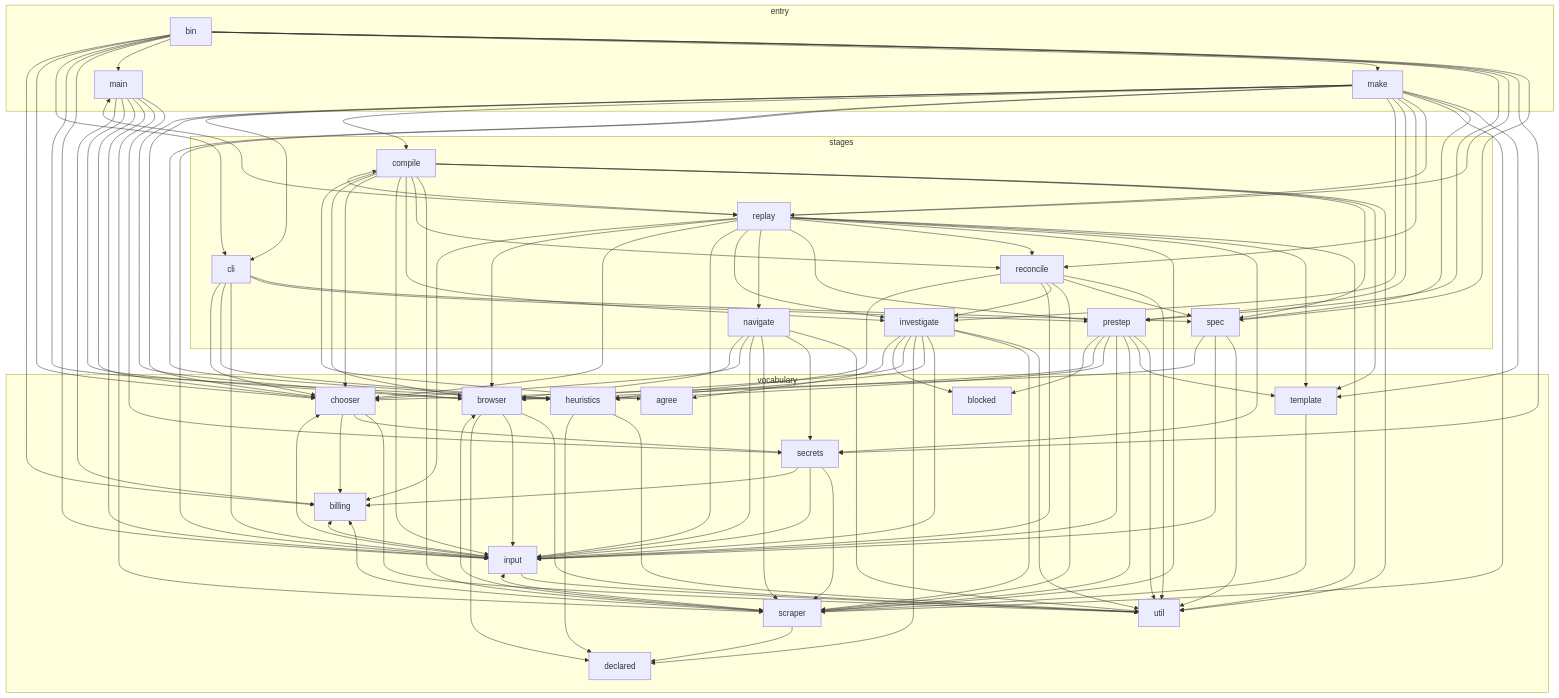
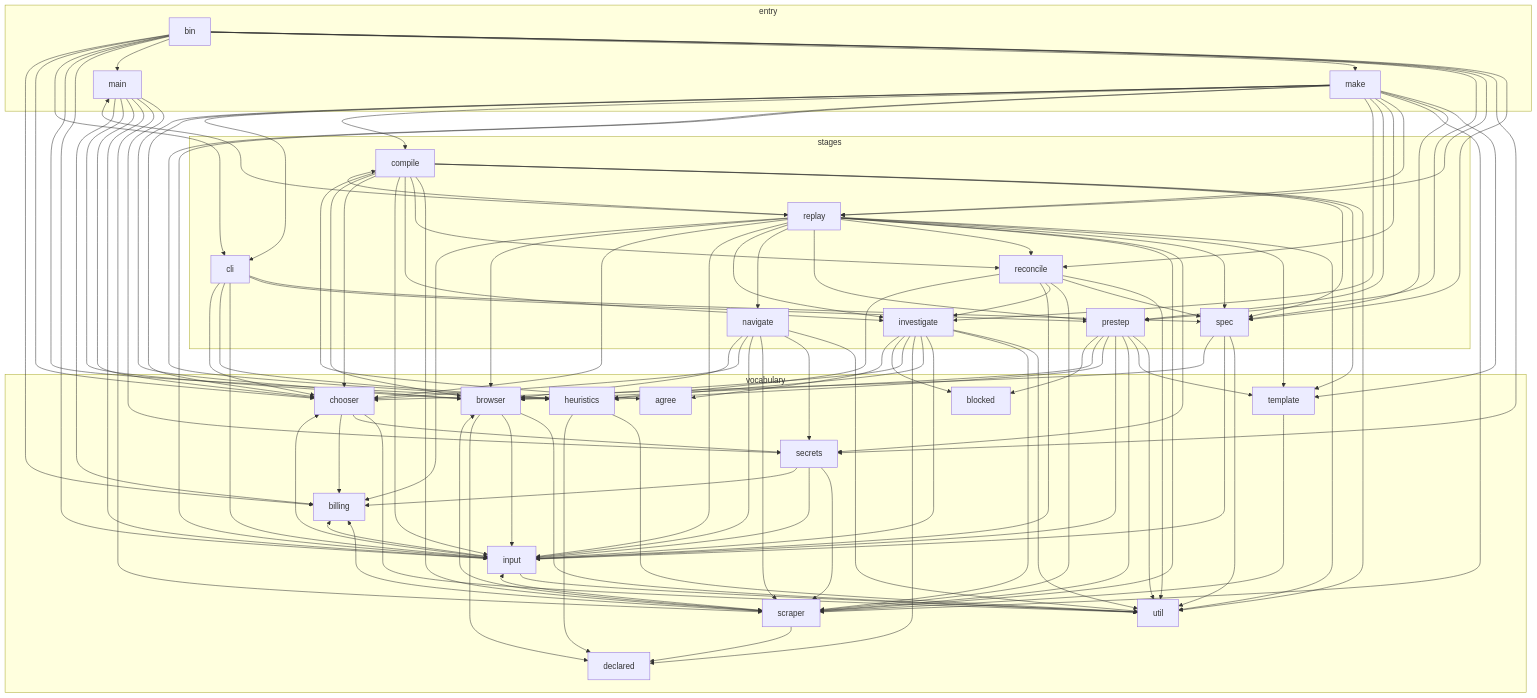
One commit to fellowship-dev/navvi changed the diagram in docs/architecture.md. Above: the diagram before and after it, drawn with Mermaid. The commit also changed 15 other files, not shown here.

```diff
--- a/docs/architecture.md
+++ b/docs/architecture.md
@@ -147,6 +147,7 @@
   replay --> reconcile
   replay --> scraper
   replay --> secrets
+  replay --> spec
   replay --> template
   replay --> util
   scraper --> declared
```
